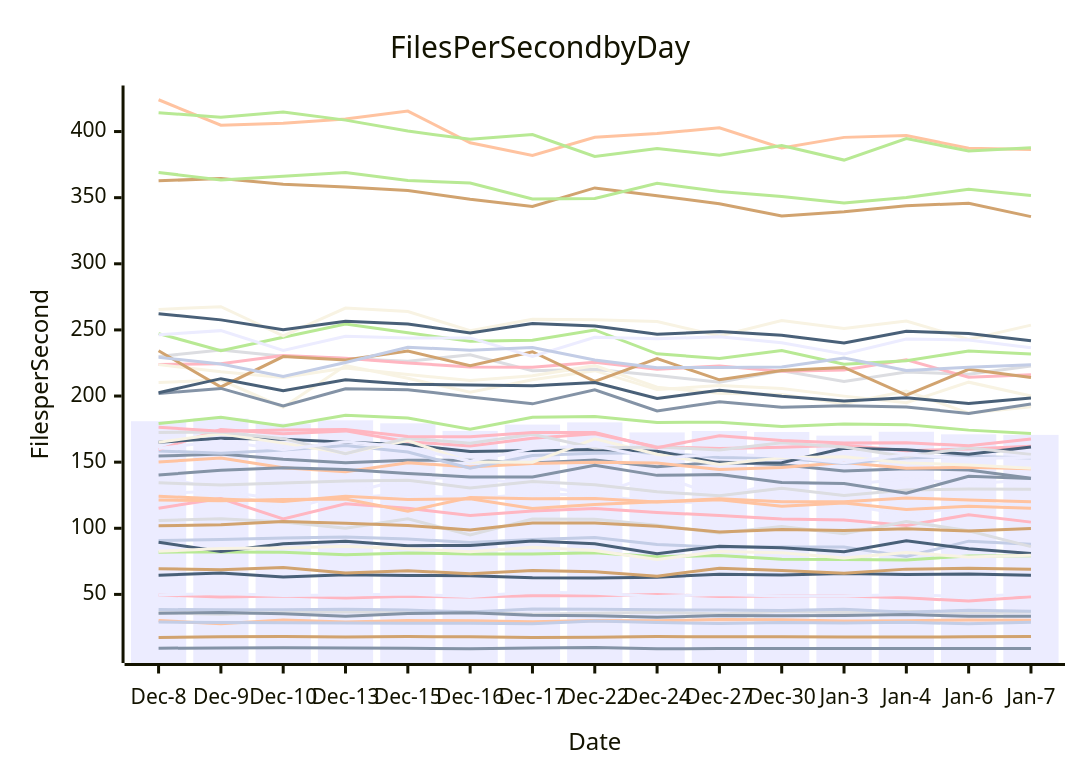
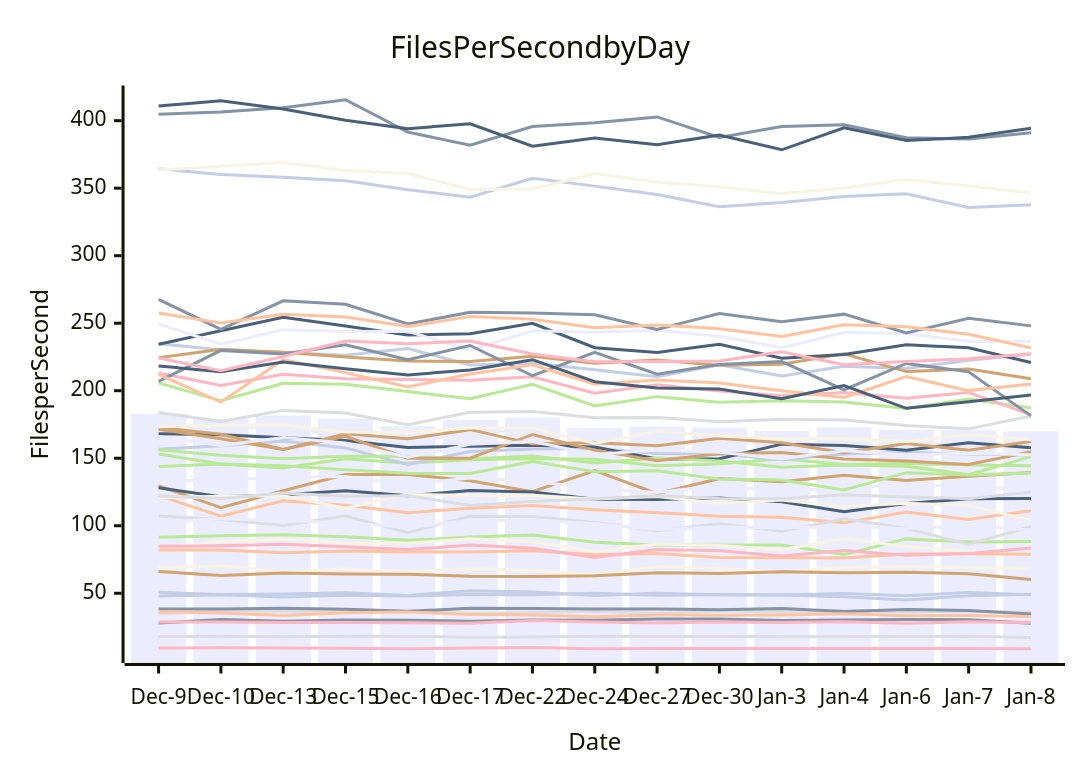
One commit to streetsidesoftware/cspell changed the diagram in perf-report.md. Above: the diagram before and after it, drawn with Mermaid. The commit also changed other lines of this file and 1 other file, not shown here.

````diff
--- a/perf-report.md
+++ b/perf-report.md
@@ -10,57 +10,57 @@
 ```mermaid
 xychart-beta
     title Files Per Second by Day
     y-axis Files per Second
-    x-axis Date [Dec-8, Dec-9, Dec-10, Dec-13, Dec-15, Dec-16, Dec-17, Dec-22, Dec-24, Dec-27, Dec-30, Jan-3, Jan-4, Jan-6, Jan-7]
-    bar [180.95, 182.95, 179.19, 181.65, 179.36, 173.64, 178.43, 180.09, 172.48, 173.54, 172.79, 170.07, 172.98, 171.06, 170.63]
-    line [9.33, 9.47, 9.61, 9.47, 9.27, 8.94, 9.45, 9.78, 8.90, 9.07, 9.12, 9.16, 9.11, 9.12, 9.14]
-    line [30.17, 27.90, 30.55, 29.22, 30.21, 30.10, 29.27, 30.24, 30.04, 30.99, 30.88, 29.79, 30.12, 30.58, 30.44]
-    line [36.16, 34.90, 36.59, 36.61, 36.51, 36.62, 35.07, 35.79, 36.55, 35.09, 36.98, 36.38, 37.08, 36.07, 36.65]
-    line [179.18, 183.86, 177.29, 185.44, 183.45, 174.84, 184.02, 184.52, 180.06, 180.25, 176.99, 178.92, 178.38, 174.22, 171.75]
-    line [17.46, 17.89, 18.13, 17.78, 18.13, 17.93, 17.37, 17.53, 18.08, 17.97, 17.93, 17.83, 17.83, 17.89, 18.19]
-    line [38.54, 38.36, 38.36, 38.81, 38.12, 36.63, 38.97, 38.70, 38.32, 38.26, 37.85, 38.77, 36.54, 38.02, 37.20]
-    line [115.20, 122.48, 107.06, 118.54, 115.18, 109.59, 113.00, 115.03, 111.88, 109.68, 107.07, 106.25, 102.14, 110.16, 104.65]
-    line [64.51, 66.15, 63.18, 64.91, 64.35, 64.10, 62.51, 62.39, 63.01, 65.26, 64.66, 65.89, 65.11, 65.47, 64.47]
-    line [210.15, 212.06, 191.55, 223.01, 213.39, 202.82, 212.32, 219.19, 204.86, 207.97, 205.76, 199.93, 194.96, 210.48, 200.08]
-    line [126.37, 128.11, 121.50, 122.96, 125.85, 122.14, 126.07, 124.95, 119.60, 119.43, 120.64, 117.82, 110.33, 116.53, 120.08]
-    line [154.58, 156.25, 152.15, 149.54, 151.43, 151.38, 149.35, 151.56, 146.50, 150.10, 148.04, 143.32, 145.06, 144.14, 137.83]
-    line [150.14, 153.13, 145.78, 142.78, 149.53, 146.32, 148.93, 149.89, 149.32, 144.39, 145.93, 149.70, 145.36, 146.19, 145.02]
-    line [229.87, 234.86, 230.17, 228.31, 226.27, 231.21, 219.13, 220.31, 215.56, 210.39, 219.17, 210.98, 218.13, 216.47, 222.63]
-    line [81.95, 82.06, 81.96, 79.96, 81.37, 80.53, 80.51, 81.49, 78.49, 79.44, 76.50, 76.34, 76.08, 79.03, 79.23]
-    line [362.78, 364.44, 360.18, 358.05, 355.49, 348.84, 343.31, 357.38, 351.53, 345.39, 336.17, 339.40, 343.93, 345.83, 335.66]
-    line [90.85, 91.43, 92.60, 93.37, 91.85, 89.18, 91.59, 93.06, 87.76, 85.72, 85.81, 85.78, 78.64, 90.27, 87.90]
-    line [223.81, 224.38, 230.73, 228.56, 225.00, 222.02, 221.71, 225.51, 220.33, 222.69, 218.79, 219.63, 227.40, 214.16, 216.11]
-    line [89.44, 82.46, 88.30, 90.18, 86.83, 87.07, 90.37, 88.26, 80.81, 86.47, 85.34, 82.22, 90.61, 84.54, 80.98]
-    line [223.76, 218.34, 214.11, 221.23, 216.34, 211.66, 215.40, 222.98, 206.68, 202.06, 201.20, 194.13, 203.79, 186.99, 191.85]
-    line [138.92, 129.58, 113.42, 125.88, 138.00, 137.98, 133.31, 125.20, 140.89, 123.76, 134.99, 132.64, 137.41, 133.47, 136.71]
-    line [35.78, 36.33, 35.41, 33.56, 35.56, 36.21, 34.19, 33.89, 32.69, 33.95, 33.78, 33.96, 34.86, 33.41, 33.47]
-    line [424.05, 404.78, 406.35, 409.54, 415.50, 391.53, 381.89, 395.71, 398.52, 402.79, 387.60, 395.60, 397.05, 387.31, 386.47]
-    line [134.36, 132.66, 134.27, 135.78, 136.38, 130.55, 135.39, 132.89, 127.54, 124.61, 130.19, 124.72, 128.97, 129.63, 129.57]
-    line [247.23, 234.36, 244.44, 254.37, 247.88, 241.35, 242.19, 249.98, 231.90, 228.38, 234.40, 224.05, 226.75, 234.01, 231.87]
-    line [234.25, 206.87, 229.87, 227.19, 234.07, 222.96, 233.49, 211.10, 228.39, 212.27, 219.38, 221.60, 200.66, 220.18, 213.99]
-    line [158.53, 156.72, 159.18, 162.67, 157.64, 145.39, 155.01, 156.77, 157.19, 153.46, 153.21, 148.91, 153.20, 154.41, 153.05]
-    line [159.51, 174.62, 171.51, 173.65, 165.49, 162.20, 168.07, 171.52, 161.55, 160.38, 161.25, 162.72, 158.59, 160.02, 162.06]
-    line [165.03, 168.12, 167.40, 165.15, 163.12, 158.04, 158.90, 159.56, 158.26, 149.38, 149.63, 160.44, 159.38, 155.94, 161.49]
-    line [265.50, 267.60, 245.47, 266.55, 263.96, 249.42, 258.13, 257.62, 256.30, 245.45, 257.10, 251.12, 256.72, 242.84, 253.62]
-    line [246.33, 249.46, 234.43, 245.12, 243.88, 243.97, 230.01, 244.43, 243.32, 244.74, 240.28, 231.82, 243.15, 242.35, 236.52]
-    line [201.98, 205.78, 192.58, 205.45, 204.82, 199.34, 194.10, 204.78, 188.75, 195.62, 191.45, 192.64, 191.68, 186.85, 193.93]
-    line [121.45, 120.76, 121.79, 122.20, 112.97, 123.23, 122.39, 122.57, 119.82, 121.66, 116.64, 119.03, 114.16, 116.74, 115.06]
-    line [105.91, 107.21, 104.66, 100.11, 107.13, 94.87, 107.05, 106.83, 102.33, 96.35, 101.39, 95.92, 105.11, 98.16, 86.10]
-    line [414.20, 410.80, 414.80, 408.65, 400.36, 394.11, 397.72, 381.16, 387.10, 382.18, 389.40, 378.43, 394.66, 385.25, 387.67]
-    line [101.95, 102.69, 105.10, 103.83, 102.19, 98.64, 104.01, 104.04, 101.53, 97.16, 99.08, 98.33, 99.60, 97.96, 99.84]
-    line [29.10, 28.75, 28.65, 28.35, 28.26, 28.09, 27.81, 29.86, 28.77, 27.94, 28.71, 28.29, 28.89, 27.76, 28.93]
-    line [49.59, 47.97, 48.84, 47.30, 48.59, 47.94, 49.07, 48.96, 49.98, 48.46, 48.82, 48.74, 47.38, 44.97, 48.20]
-    line [262.31, 257.60, 250.13, 256.58, 254.55, 247.67, 254.88, 252.93, 246.70, 248.73, 245.95, 240.13, 248.92, 247.35, 241.85]
-    line [165.08, 171.54, 164.38, 156.51, 166.27, 150.03, 149.99, 167.61, 155.99, 148.15, 153.37, 154.17, 149.42, 147.86, 145.38]
-    line [49.51, 50.73, 49.15, 49.54, 50.29, 48.39, 51.90, 50.84, 48.41, 49.94, 48.88, 48.70, 49.88, 48.16, 50.54]
-    line [140.38, 143.82, 145.78, 144.45, 141.51, 138.80, 138.75, 147.65, 140.01, 140.67, 134.58, 133.84, 126.46, 139.31, 137.59]
-    line [124.16, 122.14, 120.17, 124.20, 121.82, 122.30, 114.99, 117.98, 119.98, 122.26, 120.11, 120.07, 122.96, 121.36, 120.04]
-    line [172.44, 172.82, 167.78, 156.48, 168.20, 164.35, 171.17, 160.66, 161.47, 159.18, 164.75, 161.43, 154.09, 160.97, 155.89]
-    line [369.08, 363.46, 366.29, 369.00, 363.03, 361.09, 348.96, 349.43, 360.81, 354.60, 350.95, 345.98, 350.21, 356.35, 351.62]
-    line [69.32, 68.69, 70.43, 66.11, 67.91, 65.71, 68.06, 67.11, 63.78, 69.83, 68.15, 65.99, 69.11, 69.77, 69.09]
-    line [229.24, 224.19, 214.79, 225.36, 236.86, 234.70, 236.77, 227.25, 221.39, 221.64, 222.00, 228.77, 219.30, 221.68, 223.62]
-    line [176.41, 173.41, 174.24, 174.74, 169.36, 169.15, 172.44, 172.46, 160.97, 170.04, 166.42, 164.47, 164.70, 162.35, 167.49]
-    line [202.50, 213.14, 203.97, 212.22, 208.88, 208.37, 207.77, 210.28, 198.12, 204.40, 199.78, 196.30, 198.61, 194.45, 198.60]
-    line [82.54, 84.79, 85.17, 86.33, 84.51, 82.32, 85.67, 83.25, 76.44, 82.43, 81.41, 77.52, 81.68, 78.20, 79.53]
-    line [160.40, 166.00, 159.37, 165.42, 161.29, 150.68, 160.30, 162.32, 152.82, 156.10, 154.49, 149.59, 155.51, 152.61, 153.69]
+    x-axis Date [Dec-9, Dec-10, Dec-13, Dec-15, Dec-16, Dec-17, Dec-22, Dec-24, Dec-27, Dec-30, Jan-3, Jan-4, Jan-6, Jan-7, Jan-8]
+    bar [182.95, 179.19, 181.65, 179.36, 173.64, 178.43, 180.09, 172.48, 173.54, 172.79, 170.07, 172.98, 171.06, 170.63, 169.82]
+    line [27.90, 30.55, 29.22, 30.21, 30.10, 29.27, 30.24, 30.04, 30.99, 30.88, 29.79, 30.12, 30.58, 30.44, 27.79]
+    line [122.48, 107.06, 118.54, 115.18, 109.59, 113.00, 115.03, 111.88, 109.68, 107.07, 106.25, 102.14, 110.16, 104.65, 111.04]
+    line [34.90, 36.59, 36.61, 36.51, 36.62, 35.07, 35.79, 36.55, 35.09, 36.98, 36.38, 37.08, 36.07, 36.65, 35.93]
+    line [91.43, 92.60, 93.37, 91.85, 89.18, 91.59, 93.06, 87.76, 85.72, 85.81, 85.78, 78.64, 90.27, 87.90, 88.34]
+    line [129.58, 113.42, 125.88, 138.00, 137.98, 133.31, 125.20, 140.89, 123.76, 134.99, 132.64, 137.41, 133.47, 136.71, 139.41]
+    line [234.86, 230.17, 228.31, 226.27, 231.21, 219.13, 220.31, 215.56, 210.39, 219.17, 210.98, 218.13, 216.47, 222.63, 226.92]
+    line [9.47, 9.61, 9.47, 9.27, 8.94, 9.45, 9.78, 8.90, 9.07, 9.12, 9.16, 9.11, 9.12, 9.14, 8.90]
+    line [128.11, 121.50, 122.96, 125.85, 122.14, 126.07, 124.95, 119.60, 119.43, 120.64, 117.82, 110.33, 116.53, 120.08, 120.12]
+    line [82.46, 88.30, 90.18, 86.83, 87.07, 90.37, 88.26, 80.81, 86.47, 85.34, 82.22, 90.61, 84.54, 80.98, 78.83]
+    line [132.66, 134.27, 135.78, 136.38, 130.55, 135.39, 132.89, 127.54, 124.61, 130.19, 124.72, 128.97, 129.63, 129.57, 125.74]
+    line [38.36, 38.36, 38.81, 38.12, 36.63, 38.97, 38.70, 38.32, 38.26, 37.85, 38.77, 36.54, 38.02, 37.20, 34.62]
+    line [82.06, 81.96, 79.96, 81.37, 80.53, 80.51, 81.49, 78.49, 79.44, 76.50, 76.34, 76.08, 79.03, 79.23, 78.95]
+    line [17.89, 18.13, 17.78, 18.13, 17.93, 17.37, 17.53, 18.08, 17.97, 17.93, 17.83, 17.83, 17.89, 18.19, 17.29]
+    line [153.13, 145.78, 142.78, 149.53, 146.32, 148.93, 149.89, 149.32, 144.39, 145.93, 149.70, 145.36, 146.19, 145.02, 144.38]
+    line [224.38, 230.73, 228.56, 225.00, 222.02, 221.71, 225.51, 220.33, 222.69, 218.79, 219.63, 227.40, 214.16, 216.11, 208.89]
+    line [156.72, 159.18, 162.67, 157.64, 145.39, 155.01, 156.77, 157.19, 153.46, 153.21, 148.91, 153.20, 154.41, 153.05, 152.14]
+    line [84.79, 85.17, 86.33, 84.51, 82.32, 85.67, 83.25, 76.44, 82.43, 81.41, 77.52, 81.68, 78.20, 79.53, 83.56]
+    line [234.36, 244.44, 254.37, 247.88, 241.35, 242.19, 249.98, 231.90, 228.38, 234.40, 224.05, 226.75, 234.01, 231.87, 220.86]
+    line [68.69, 70.43, 66.11, 67.91, 65.71, 68.06, 67.11, 63.78, 69.83, 68.15, 65.99, 69.11, 69.77, 69.09, 68.53]
+    line [174.62, 171.51, 173.65, 165.49, 162.20, 168.07, 171.52, 161.55, 160.38, 161.25, 162.72, 158.59, 160.02, 162.06, 155.03]
+    line [404.78, 406.35, 409.54, 415.50, 391.53, 381.89, 395.71, 398.52, 402.79, 387.60, 395.60, 397.05, 387.31, 386.47, 391.06]
+    line [36.33, 35.41, 33.56, 35.56, 36.21, 34.19, 33.89, 32.69, 33.95, 33.78, 33.96, 34.86, 33.41, 33.47, 32.73]
+    line [183.86, 177.29, 185.44, 183.45, 174.84, 184.02, 184.52, 180.06, 180.25, 176.99, 178.92, 178.38, 174.22, 171.75, 181.25]
+    line [205.78, 192.58, 205.45, 204.82, 199.34, 194.10, 204.78, 188.75, 195.62, 191.45, 192.64, 191.68, 186.85, 193.93, 187.17]
+    line [66.15, 63.18, 64.91, 64.35, 64.10, 62.51, 62.39, 63.01, 65.26, 64.66, 65.89, 65.11, 65.47, 64.47, 60.18]
+    line [364.44, 360.18, 358.05, 355.49, 348.84, 343.31, 357.38, 351.53, 345.39, 336.17, 339.40, 343.93, 345.83, 335.66, 337.68]
+    line [213.14, 203.97, 212.22, 208.88, 208.37, 207.77, 210.28, 198.12, 204.40, 199.78, 196.30, 198.61, 194.45, 198.60, 182.35]
+    line [168.12, 167.40, 165.15, 163.12, 158.04, 158.90, 159.56, 158.26, 149.38, 149.63, 160.44, 159.38, 155.94, 161.49, 157.72]
+    line [120.76, 121.79, 122.20, 112.97, 123.23, 122.39, 122.57, 119.82, 121.66, 116.64, 119.03, 114.16, 116.74, 115.06, 103.70]
+    line [249.46, 234.43, 245.12, 243.88, 243.97, 230.01, 244.43, 243.32, 244.74, 240.28, 231.82, 243.15, 242.35, 236.52, 236.64]
+    line [206.87, 229.87, 227.19, 234.07, 222.96, 233.49, 211.10, 228.39, 212.27, 219.38, 221.60, 200.66, 220.18, 213.99, 181.38]
+    line [212.06, 191.55, 223.01, 213.39, 202.82, 212.32, 219.19, 204.86, 207.97, 205.76, 199.93, 194.96, 210.48, 200.08, 204.99]
+    line [107.21, 104.66, 100.11, 107.13, 94.87, 107.05, 106.83, 102.33, 96.35, 101.39, 95.92, 105.11, 98.16, 86.10, 99.44]
+    line [156.25, 152.15, 149.54, 151.43, 151.38, 149.35, 151.56, 146.50, 150.10, 148.04, 143.32, 145.06, 144.14, 137.83, 151.23]
+    line [171.54, 164.38, 156.51, 166.27, 150.03, 149.99, 167.61, 155.99, 148.15, 153.37, 154.17, 149.42, 147.86, 145.38, 154.82]
+    line [47.97, 48.84, 47.30, 48.59, 47.94, 49.07, 48.96, 49.98, 48.46, 48.82, 48.74, 47.38, 44.97, 48.20, 49.23]
+    line [28.75, 28.65, 28.35, 28.26, 28.09, 27.81, 29.86, 28.77, 27.94, 28.71, 28.29, 28.89, 27.76, 28.93, 28.35]
+    line [218.34, 214.11, 221.23, 216.34, 211.66, 215.40, 222.98, 206.68, 202.06, 201.20, 194.13, 203.79, 186.99, 191.85, 196.87]
+    line [363.46, 366.29, 369.00, 363.03, 361.09, 348.96, 349.43, 360.81, 354.60, 350.95, 345.98, 350.21, 356.35, 351.62, 346.39]
+    line [102.69, 105.10, 103.83, 102.19, 98.64, 104.01, 104.04, 101.53, 97.16, 99.08, 98.33, 99.60, 97.96, 99.84, 96.94]
+    line [267.60, 245.47, 266.55, 263.96, 249.42, 258.13, 257.62, 256.30, 245.45, 257.10, 251.12, 256.72, 242.84, 253.62, 248.02]
+    line [257.60, 250.13, 256.58, 254.55, 247.67, 254.88, 252.93, 246.70, 248.73, 245.95, 240.13, 248.92, 247.35, 241.85, 231.75]
+    line [122.14, 120.17, 124.20, 121.82, 122.30, 114.99, 117.98, 119.98, 122.26, 120.11, 120.07, 122.96, 121.36, 120.04, 124.97]
+    line [143.82, 145.78, 144.45, 141.51, 138.80, 138.75, 147.65, 140.01, 140.67, 134.58, 133.84, 126.46, 139.31, 137.59, 139.08]
+    line [172.82, 167.78, 156.48, 168.20, 164.35, 171.17, 160.66, 161.47, 159.18, 164.75, 161.43, 154.09, 160.97, 155.89, 162.45]
+    line [50.73, 49.15, 49.54, 50.29, 48.39, 51.90, 50.84, 48.41, 49.94, 48.88, 48.70, 49.88, 48.16, 50.54, 48.93]
+    line [224.19, 214.79, 225.36, 236.86, 234.70, 236.77, 227.25, 221.39, 221.64, 222.00, 228.77, 219.30, 221.68, 223.62, 227.33]
+    line [410.80, 414.80, 408.65, 400.36, 394.11, 397.72, 381.16, 387.10, 382.18, 389.40, 378.43, 394.66, 385.25, 387.67, 394.33]
+    line [173.41, 174.24, 174.74, 169.36, 169.15, 172.44, 172.46, 160.97, 170.04, 166.42, 164.47, 164.70, 162.35, 167.49, 163.77]
+    line [166.00, 159.37, 165.42, 161.29, 150.68, 160.30, 162.32, 152.82, 156.10, 154.49, 149.59, 155.51, 152.61, 153.69, 152.63]
 ```
````
